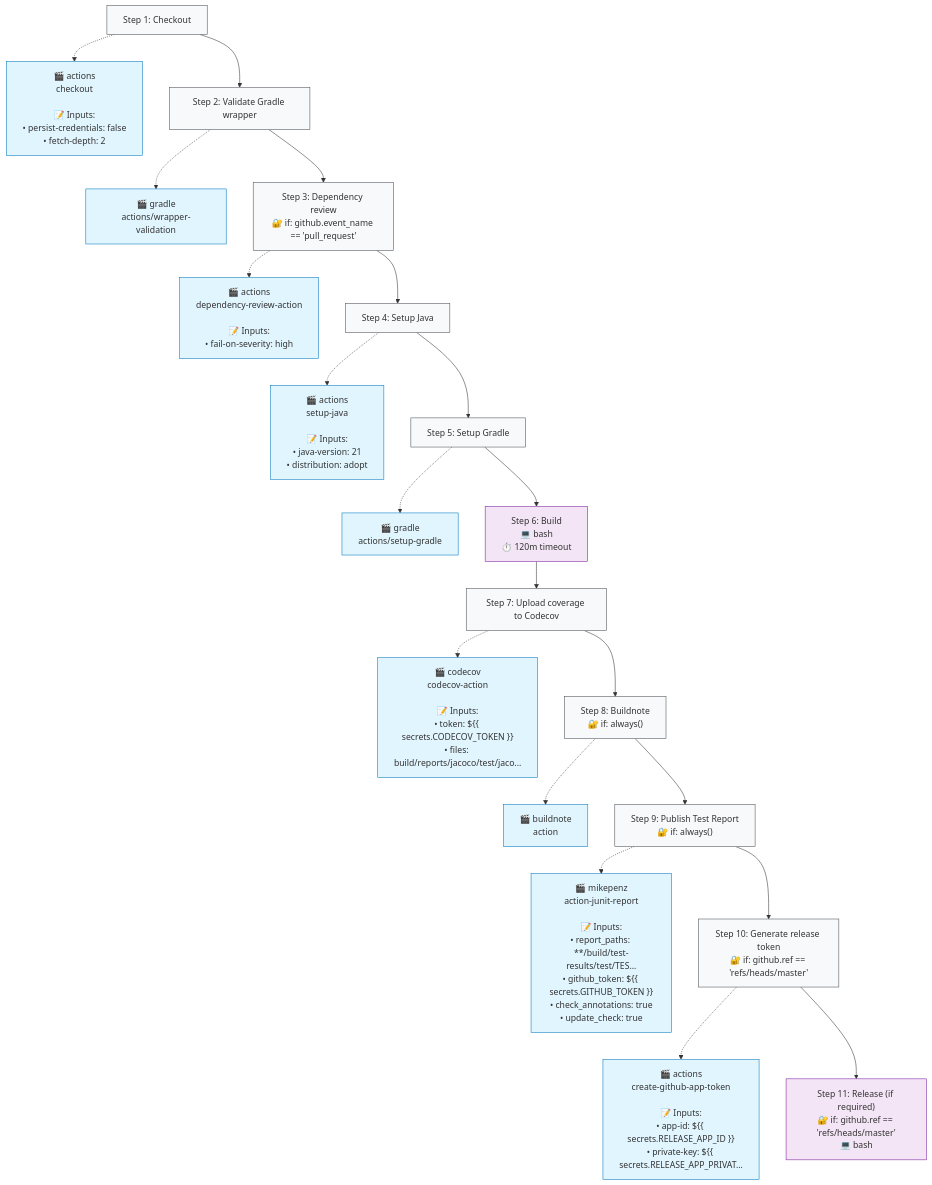
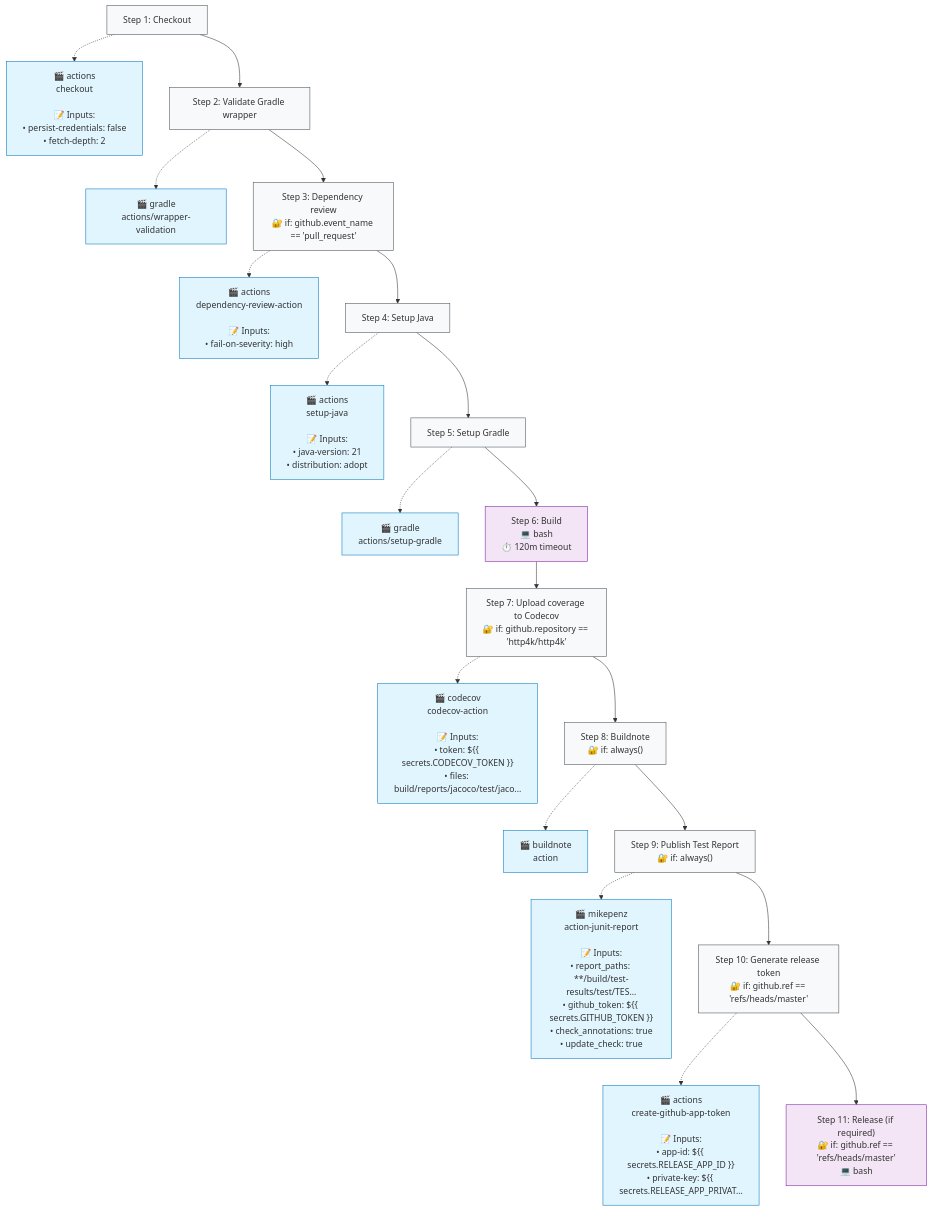
The second of 2 diagrams in .github/typeflows/build-http4k/README.md (http4k/http4k), drawn with Mermaid before and after one commit. The commit also changed 2 other files, not shown here.

Commit message:
only do code coverage on main repo

````diff
--- a/.github/typeflows/build-http4k/README.md
+++ b/.github/typeflows/build-http4k/README.md
@@ -24,63 +24,63 @@
 ```mermaid
 %%{init: {"flowchart": {"curve": "basis"}}}%%
 flowchart TD
     step1["Step 1: Checkout"]
     style step1 fill:#f8f9fa,stroke:#495057
     action1["🎬 actions<br/>checkout<br/><br/>📝 Inputs:<br/>• persist-credentials: false<br/>• fetch-depth: 2"]
     style action1 fill:#e1f5fe,stroke:#0277bd
     step1 -.-> action1
     step2["Step 2: Validate Gradle wrapper"]
     style step2 fill:#f8f9fa,stroke:#495057
     action2["🎬 gradle<br/>actions/wrapper-validation"]
     style action2 fill:#e1f5fe,stroke:#0277bd
     step2 -.-> action2
     step1 --> step2
     step3["Step 3: Dependency review<br/>🔐 if: github.event_name == 'pull_request'"]
     style step3 fill:#f8f9fa,stroke:#495057
     action3["🎬 actions<br/>dependency-review-action<br/><br/>📝 Inputs:<br/>• fail-on-severity: high"]
     style action3 fill:#e1f5fe,stroke:#0277bd
     step3 -.-> action3
     step2 --> step3
     step4["Step 4: Setup Java"]
     style step4 fill:#f8f9fa,stroke:#495057
     action4["🎬 actions<br/>setup-java<br/><br/>📝 Inputs:<br/>• java-version: 21<br/>• distribution: adopt"]
     style action4 fill:#e1f5fe,stroke:#0277bd
     step4 -.-> action4
     step3 --> step4
     step5["Step 5: Setup Gradle"]
     style step5 fill:#f8f9fa,stroke:#495057
     action5["🎬 gradle<br/>actions/setup-gradle"]
     style action5 fill:#e1f5fe,stroke:#0277bd
     step5 -.-> action5
     step4 --> step5
     step6["Step 6: Build<br/>💻 bash<br/>⏱️ 120m timeout"]
     style step6 fill:#f3e5f5,stroke:#7b1fa2
     step5 --> step6
-    step7["Step 7: Upload coverage to Codecov"]
+    step7["Step 7: Upload coverage to Codecov<br/>🔐 if: github.repository == 'http4k/http4k'"]
     style step7 fill:#f8f9fa,stroke:#495057
     action7["🎬 codecov<br/>codecov-action<br/><br/>📝 Inputs:<br/>• token: ${{ secrets.CODECOV_TOKEN }}<br/>• files: build/reports/jacoco/test/jaco..."]
     style action7 fill:#e1f5fe,stroke:#0277bd
     step7 -.-> action7
     step6 --> step7
     step8["Step 8: Buildnote<br/>🔐 if: always()"]
     style step8 fill:#f8f9fa,stroke:#495057
     action8["🎬 buildnote<br/>action"]
     style action8 fill:#e1f5fe,stroke:#0277bd
     step8 -.-> action8
     step7 --> step8
     step9["Step 9: Publish Test Report<br/>🔐 if: always()"]
     style step9 fill:#f8f9fa,stroke:#495057
     action9["🎬 mikepenz<br/>action-junit-report<br/><br/>📝 Inputs:<br/>• report_paths: **/build/test-results/test/TES...<br/>• github_token: ${{ secrets.GITHUB_TOKEN }}<br/>• check_annotations: true<br/>• update_check: true"]
     style action9 fill:#e1f5fe,stroke:#0277bd
     step9 -.-> action9
     step8 --> step9
     step10["Step 10: Generate release token<br/>🔐 if: github.ref == 'refs/heads/master'"]
     style step10 fill:#f8f9fa,stroke:#495057
     action10["🎬 actions<br/>create-github-app-token<br/><br/>📝 Inputs:<br/>• app-id: ${{ secrets.RELEASE_APP_ID }}<br/>• private-key: ${{ secrets.RELEASE_APP_PRIVAT..."]
     style action10 fill:#e1f5fe,stroke:#0277bd
     step10 -.-> action10
     step9 --> step10
     step11["Step 11: Release (if required)<br/>🔐 if: github.ref == 'refs/heads/master'<br/>💻 bash"]
     style step11 fill:#f3e5f5,stroke:#7b1fa2
     step10 --> step11
 ```
````
